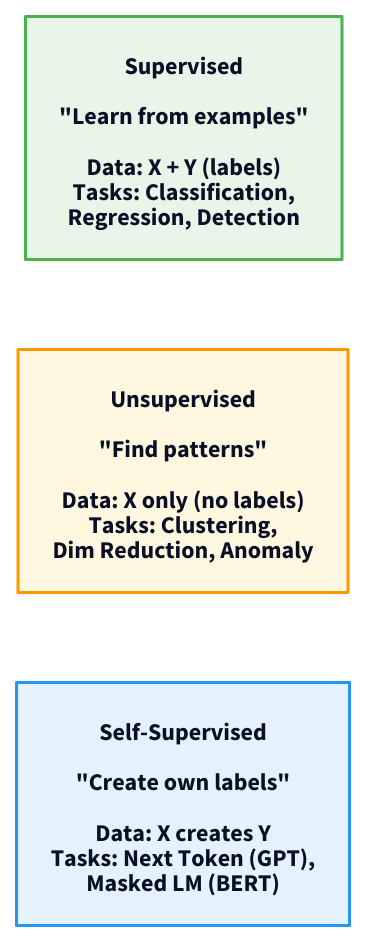
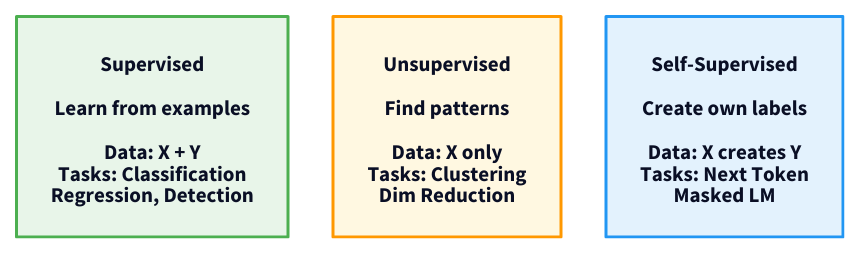
One commit to nipunbatra/principles-ai-teaching changed the diagram in ml-tasks/diagrams/learning_paradigms.d2. Above: the diagram before and after it, drawn with D2. The commit also changed 34 other files, not shown here.

First line of the commit message:
Replace ASCII diagrams with D2, add ML notation slide, fix diagram sizes

```diff
--- a/ml-tasks/diagrams/learning_paradigms.d2
+++ b/ml-tasks/diagrams/learning_paradigms.d2
@@ -1,30 +1,31 @@
-# Three Learning Paradigms - Clean horizontal layout
+# Three Learning Paradigms - Compact 3-column layout
 
-direction: right
+grid-columns: 3
+grid-gap: 30
 
 supervised: {
-  label: Supervised\n\n"Learn from examples"\n\nData: X + Y (labels)\nTasks: Classification,\nRegression, Detection
+  label: Supervised\n\nLearn from examples\n\nData: X + Y\nTasks: Classification\nRegression, Detection
   shape: rectangle
   style.fill: "#E8F5E9"
   style.stroke: "#4CAF50"
   style.stroke-width: 2
-  style.font-size: 16
+  style.font-size: 14
 }
 
 unsupervised: {
-  label: Unsupervised\n\n"Find patterns"\n\nData: X only (no labels)\nTasks: Clustering,\nDim Reduction, Anomaly
+  label: Unsupervised\n\nFind patterns\n\nData: X only\nTasks: Clustering\nDim Reduction
   shape: rectangle
   style.fill: "#FFF8E1"
   style.stroke: "#FF9800"
   style.stroke-width: 2
-  style.font-size: 16
+  style.font-size: 14
 }
 
 self_supervised: {
-  label: Self-Supervised\n\n"Create own labels"\n\nData: X creates Y\nTasks: Next Token (GPT),\nMasked LM (BERT)
+  label: Self-Supervised\n\nCreate own labels\n\nData: X creates Y\nTasks: Next Token\nMasked LM
   shape: rectangle
   style.fill: "#E3F2FD"
   style.stroke: "#2196F3"
   style.stroke-width: 2
-  style.font-size: 16
+  style.font-size: 14
 }
```
